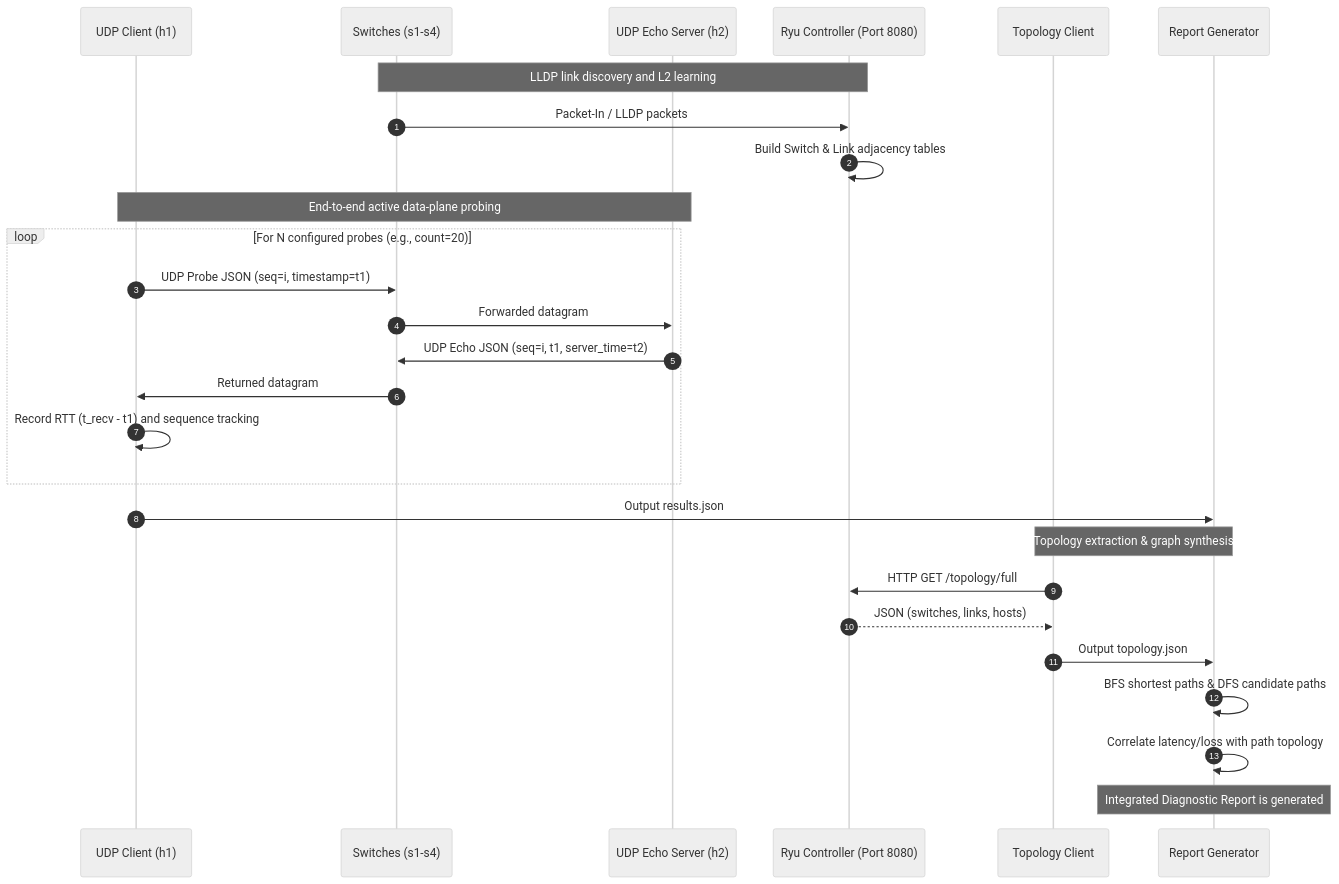
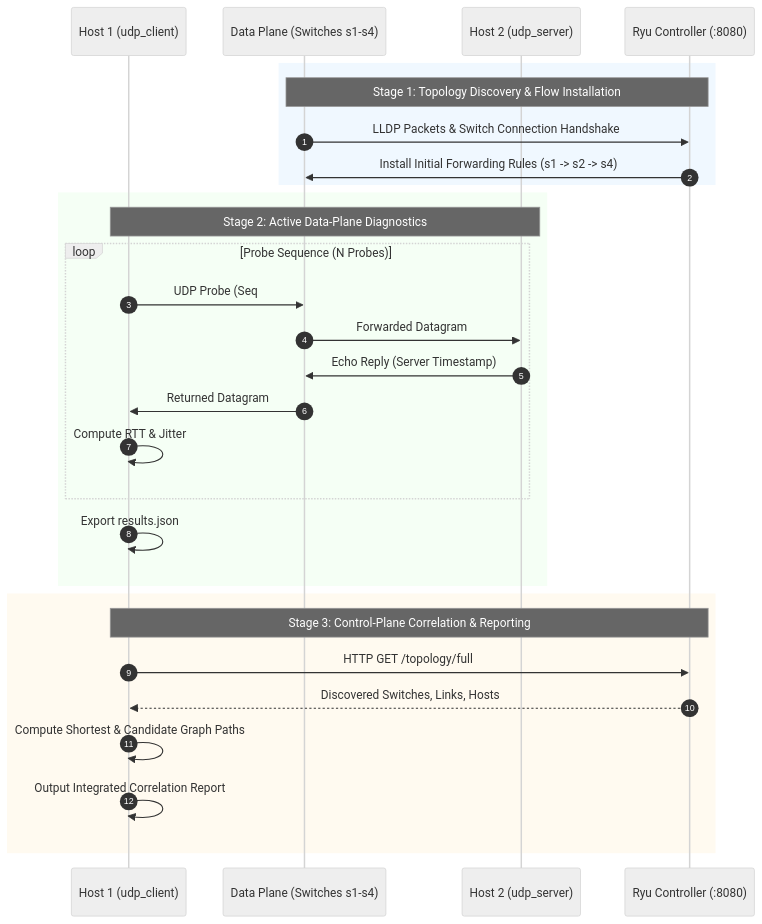
Before and after one commit to YatishGowda09/network-diagnostic-tool: the third of 4 diagrams in docs/architecture.md, drawn with Mermaid (neutral theme). The commit also changed other lines of this file and 16 other files, not shown here.

Commit message:
feat: implement dynamic SDN rerouting, failover demo, jitter, benchmarks, and simplified architecture diagrams

````diff
--- a/docs/architecture.md
+++ b/docs/architecture.md
@@ -78,35 +98,37 @@
 ```mermaid
 sequenceDiagram
     autonumber
-    participant Client as UDP Client (h1)
-    participant DataPlane as Switches (s1-s4)
-    participant Server as UDP Echo Server (h2)
-    participant Controller as Ryu Controller (Port 8080)
-    participant TopoClient as Topology Client
-    participant Report as Report Generator
+    participant H1 as Host 1 (udp_client)
+    participant DP as Data Plane (Switches s1-s4)
+    participant H2 as Host 2 (udp_server)
+    participant SDN as Ryu Controller (:8080)
 
-    %% Phase 1: SDN Discovery
-    Note over DataPlane,Controller: LLDP link discovery and L2 learning
-    DataPlane->>Controller: Packet-In / LLDP packets
-    Controller->>Controller: Build Switch & Link adjacency tables
+    %% Stage 1
+    rect rgb(240, 248, 255)
+    Note over DP,SDN: Stage 1: Topology Discovery & Flow Installation
+    DP->>SDN: LLDP Packets & Switch Connection Handshake
+    SDN->>DP: Install Initial Forwarding Rules (s1 -> s2 -> s4)
+    end
 
-    %% Phase 2: UDP Diagnostic Probing
-    Note over Client,Server: End-to-end active data-plane probing
-    loop For N configured probes (e.g., count=20)
-        Client->>DataPlane: UDP Probe JSON (seq=i, timestamp=t1)
-        DataPlane->>Server: Forwarded datagram
-        Server->>DataPlane: UDP Echo JSON (seq=i, t1, server_time=t2)
-        DataPlane->>Client: Returned datagram
-        Client->>Client: Record RTT (t_recv - t1) and sequence tracking
+    %% Stage 2
+    rect rgb(245, 255, 245)
+    Note over H1,H2: Stage 2: Active Data-Plane Diagnostics
+    loop Probe Sequence (N Probes)
+        H1->>DP: UDP Probe (Seq #, Timestamp)
+        DP->>H2: Forwarded Datagram
+        H2->>DP: Echo Reply (Server Timestamp)
+        DP->>H1: Returned Datagram
+        H1->>H1: Compute RTT & Jitter
     end
-    Client->>Report: Output results.json
+    H1->>H1: Export results.json
+    end
 
-    %% Phase 3: Topology Extraction & Correlation
-    Note over TopoClient,Report: Topology extraction & graph synthesis
-    TopoClient->>Controller: HTTP GET /topology/full
-    Controller-->>TopoClient: JSON (switches, links, hosts)
-    TopoClient->>Report: Output topology.json
-    Report->>Report: BFS shortest paths & DFS candidate paths
-    Report->>Report: Correlate latency/loss with path topology
-    Note over Report: Integrated Diagnostic Report is generated
+    %% Stage 3
+    rect rgb(255, 250, 240)
+    Note over H1,SDN: Stage 3: Control-Plane Correlation & Reporting
+    H1->>SDN: HTTP GET /topology/full
+    SDN-->>H1: Discovered Switches, Links, Hosts
+    H1->>H1: Compute Shortest & Candidate Graph Paths
+    H1->>H1: Output Integrated Correlation Report
+    end
 ```
````
